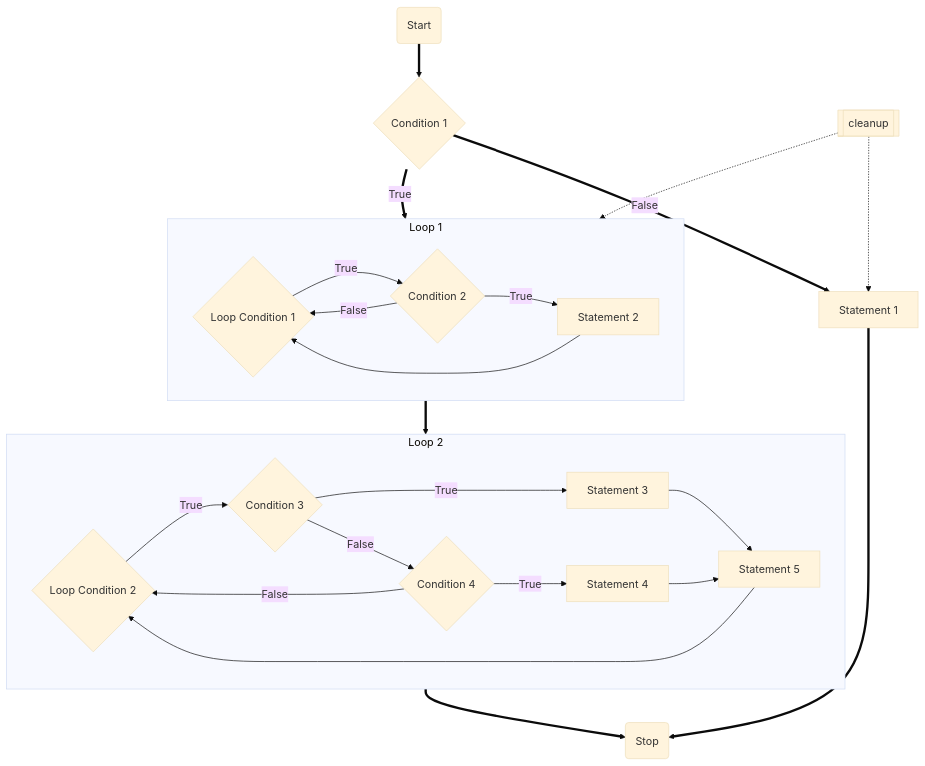
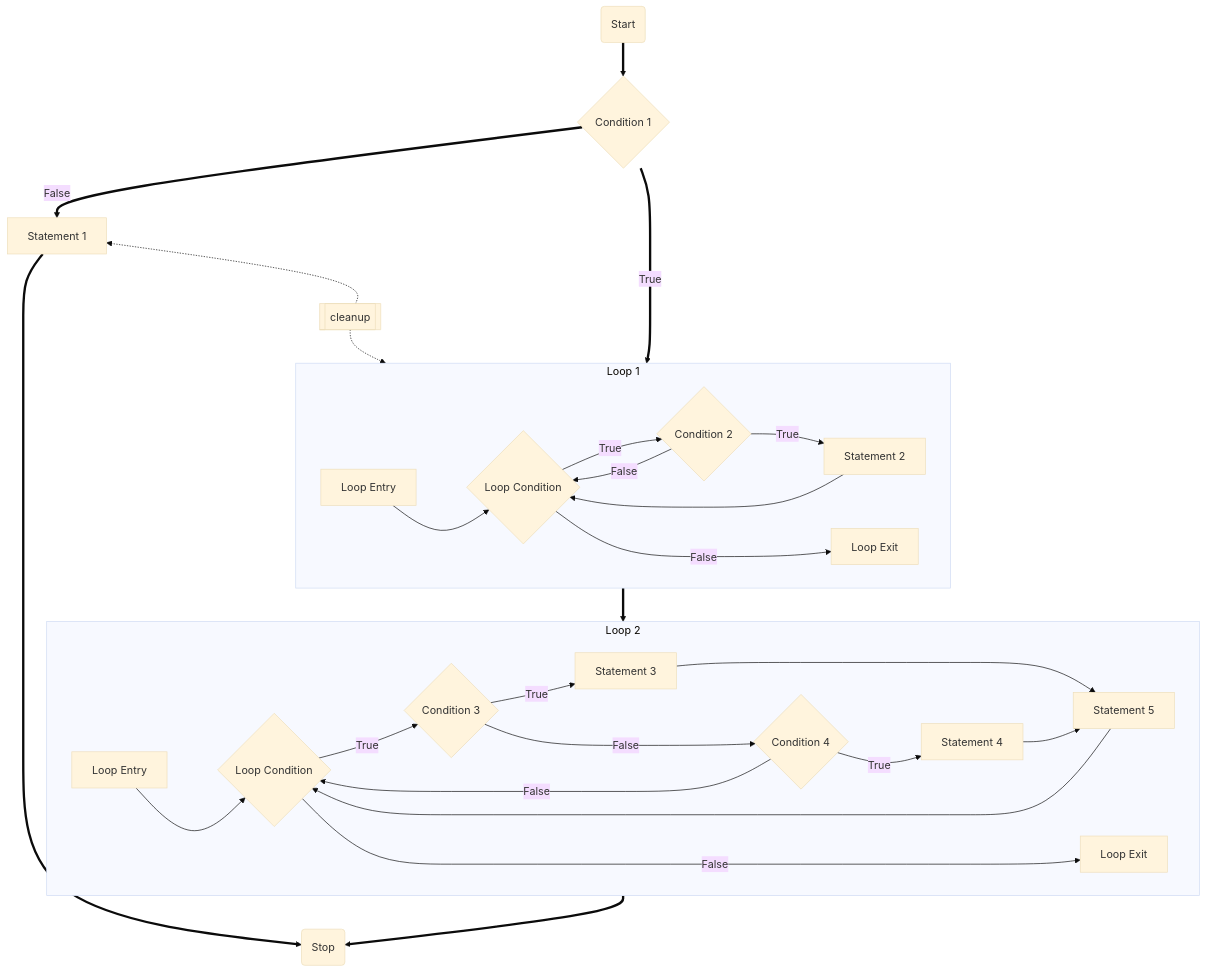
Before and after one commit to RaphaelZH/OpenCV_Program_EN: the diagram in README.md, drawn with Mermaid (base theme). The commit also changed 2 other files, not shown here.

````diff
--- a/README.md
+++ b/README.md
@@ -5,41 +5,50 @@
 ```mermaid
-flowchart TD
+flowchart TB
     A(Start)
     B{Condition 1}
     C[Statement 1]
     D(Stop)
 
     X[[cleanup]]
 
     subgraph LOOP_1[Loop 1]
-        LOOP_1_A{Loop Condition 1}
-        LOOP_1_B{Condition 2}
-        LOOP_1_C[Statement 2]
+        LOOP_1_A[Loop Entry]
+        LOOP_1_B{Loop Condition}
+        LOOP_1_C{Condition 2}
+        LOOP_1_D[Statement 2]
+        LOOP_1_E[Loop Exit]
+
+        LOOP_1_A ~~~ LOOP_1_B ~~~ LOOP_1_C ~~~ LOOP_1_D
+        LOOP_1_C ~~~ LOOP_1_E
 
         direction LR
-            LOOP_1_A -- True --> LOOP_1_B -- True --> LOOP_1_C --> LOOP_1_A
-            LOOP_1_B -- False --> LOOP_1_A
+            LOOP_1_A --> LOOP_1_B -- True --> LOOP_1_C -- True --> LOOP_1_D --> LOOP_1_B
+            LOOP_1_C -- False --> LOOP_1_B -- False --> LOOP_1_E
     end
 
     subgraph LOOP_2[Loop 2]
-        LOOP_2_A{Loop Condition 2}
-        LOOP_2_B{Condition 3}
-        LOOP_2_C[Statement 3]
-        LOOP_2_D{Condition 4}
-        LOOP_2_E[Statement 4]
-        LOOP_2_F[Statement 5]
+        LOOP_2_A[Loop Entry]
+        LOOP_2_B{Loop Condition}
+        LOOP_2_C{Condition 3}
+        LOOP_2_D[Statement 3]
+        LOOP_2_E{Condition 4}
+        LOOP_2_F[Statement 4]
+        LOOP_2_G[Statement 5]
+        LOOP_2_H[Loop Exit]
+
+        LOOP_2_A ~~~ LOOP_2_B ~~~ LOOP_2_C ~~~ LOOP_2_D ~~~ LOOP_2_E ~~~ LOOP_2_F ~~~ LOOP_2_G
+        LOOP_2_F ~~~ LOOP_2_H
 
         direction LR
-            LOOP_2_A -- True --> LOOP_2_B -- True --> LOOP_2_C --> LOOP_2_F --> LOOP_2_A
-            LOOP_2_B -- False--> LOOP_2_D -- True --> LOOP_2_E --> LOOP_2_F
-            LOOP_2_D -- False --> LOOP_2_A
+            LOOP_2_A --> LOOP_2_B -- True --> LOOP_2_C -- True --> LOOP_2_D --> LOOP_2_G --> LOOP_2_B
+            LOOP_2_C -- False--> LOOP_2_E -- True --> LOOP_2_F --> LOOP_2_G
+            LOOP_2_E -- False --> LOOP_2_B -- False --> LOOP_2_H
     end
-
-    A ==> B
-    B == True ==> LOOP_1 ==> LOOP_2 ==> D
+    
+    A ==> B == True ==> LOOP_1 ==> LOOP_2 ==> D
     B == False ==> C ==> D
 
-    X ~~~ C
+    C ~~~ X
     X -.-> C
     X -.-> LOOP_1
 ```
````
